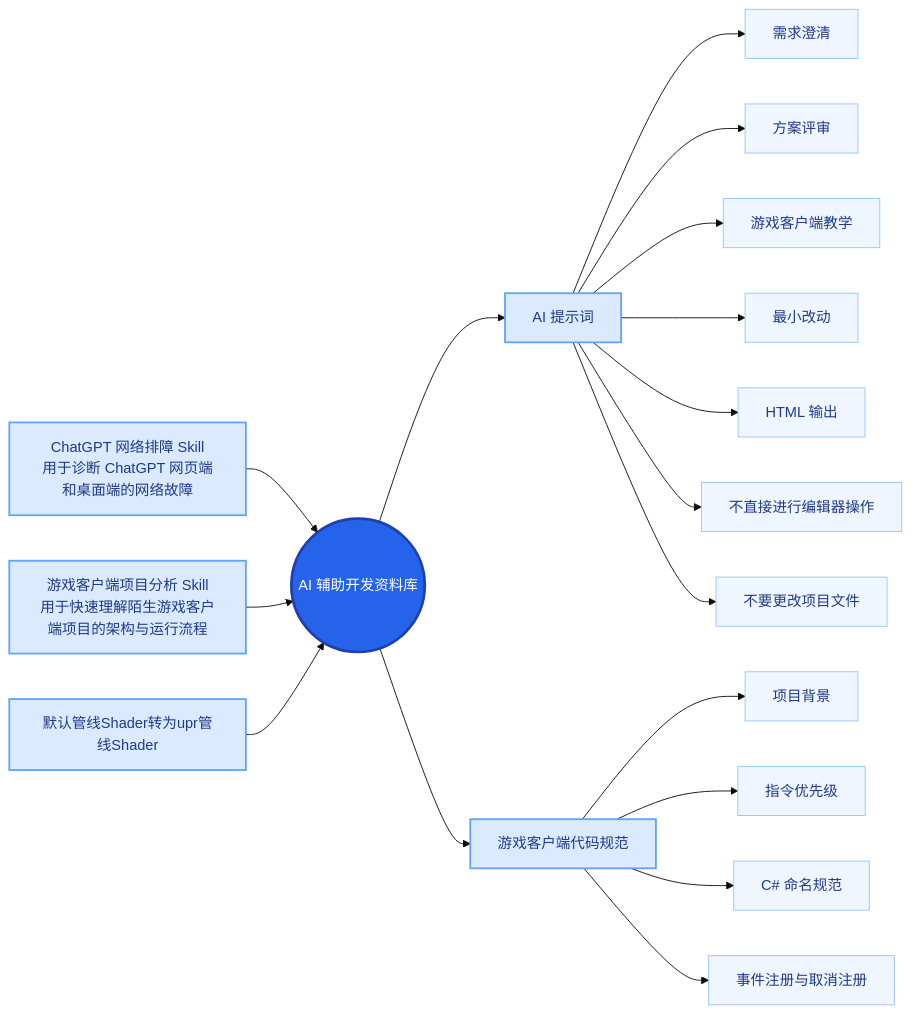
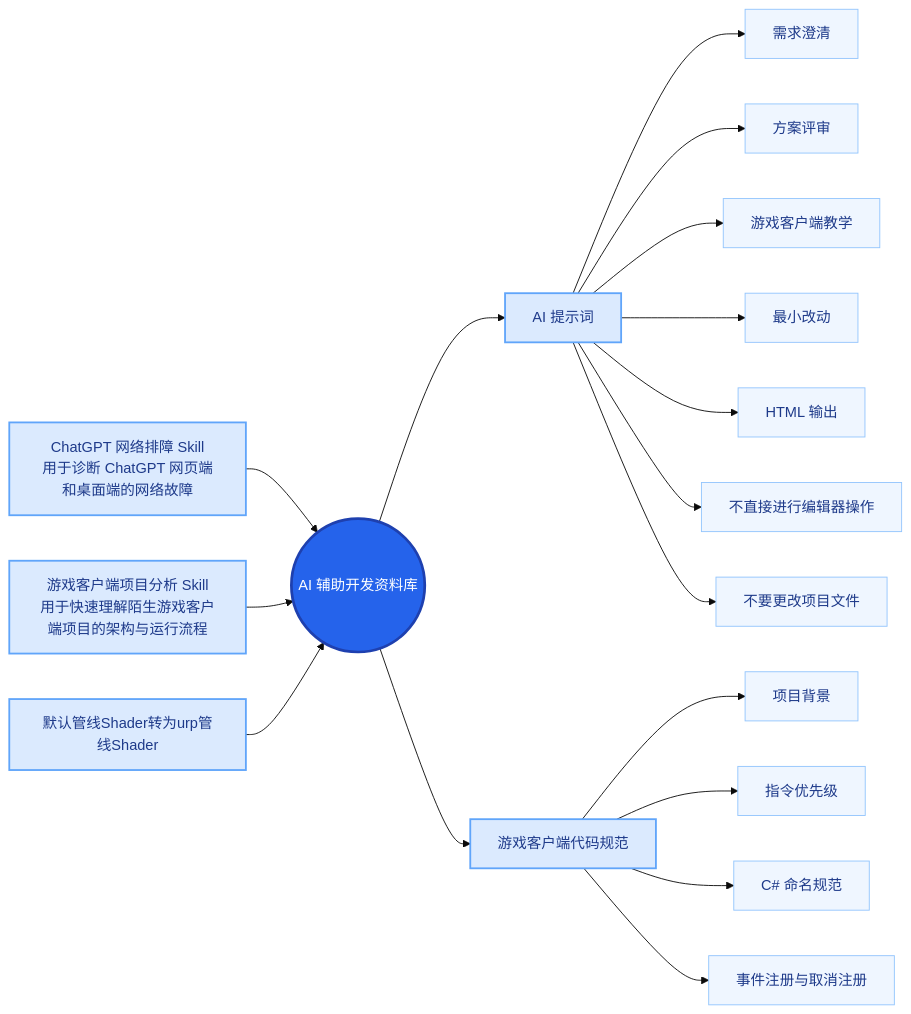
One commit to Amolao/MySkill changed the diagram in README.md. Above: the diagram before and after it, drawn with Mermaid (base theme).

````diff
--- a/README.md
+++ b/README.md
@@ -4,35 +4,35 @@
 ```mermaid
 flowchart LR
     %% 左侧分支
     A[ChatGPT 网络排障 Skill<br/>用于诊断 ChatGPT 网页端和桌面端的网络故障]
     B[游戏客户端项目分析 Skill<br/>用于快速理解陌生游戏客户端项目的架构与运行流程]
-    E[默认管线Shader转为upr管线Shader]
+    E[默认管线Shader转为urp管线Shader]
 
     A --> R((AI 辅助开发资料库))
     B --> R
     E --> R
 
     %% 右侧分支
     R --> C[AI 提示词]
     C --> C1[需求澄清]
     C --> C2[方案评审]
     C --> C3[游戏客户端教学]
     C --> C4[最小改动]
     C --> C5[HTML 输出]
     C --> C6[不直接进行编辑器操作]
     C --> C7[不要更改项目文件]
 
     R --> D[游戏客户端代码规范]
     D --> D1[项目背景]
     D --> D2[指令优先级]
     D --> D3[C# 命名规范]
     D --> D4[事件注册与取消注册]
 
     classDef root fill:#2563eb,color:#fff,stroke:#1e40af,stroke-width:3px;
     classDef branch fill:#dbeafe,color:#1e3a8a,stroke:#60a5fa,stroke-width:2px;
     classDef item fill:#eff6ff,color:#1e3a8a,stroke:#93c5fd;
 
     class R root;
     class A,B,C,D,E branch;
     class C1,C2,C3,C4,C5,C6,C7,D1,D2,D3,D4 item;
 ```
````
